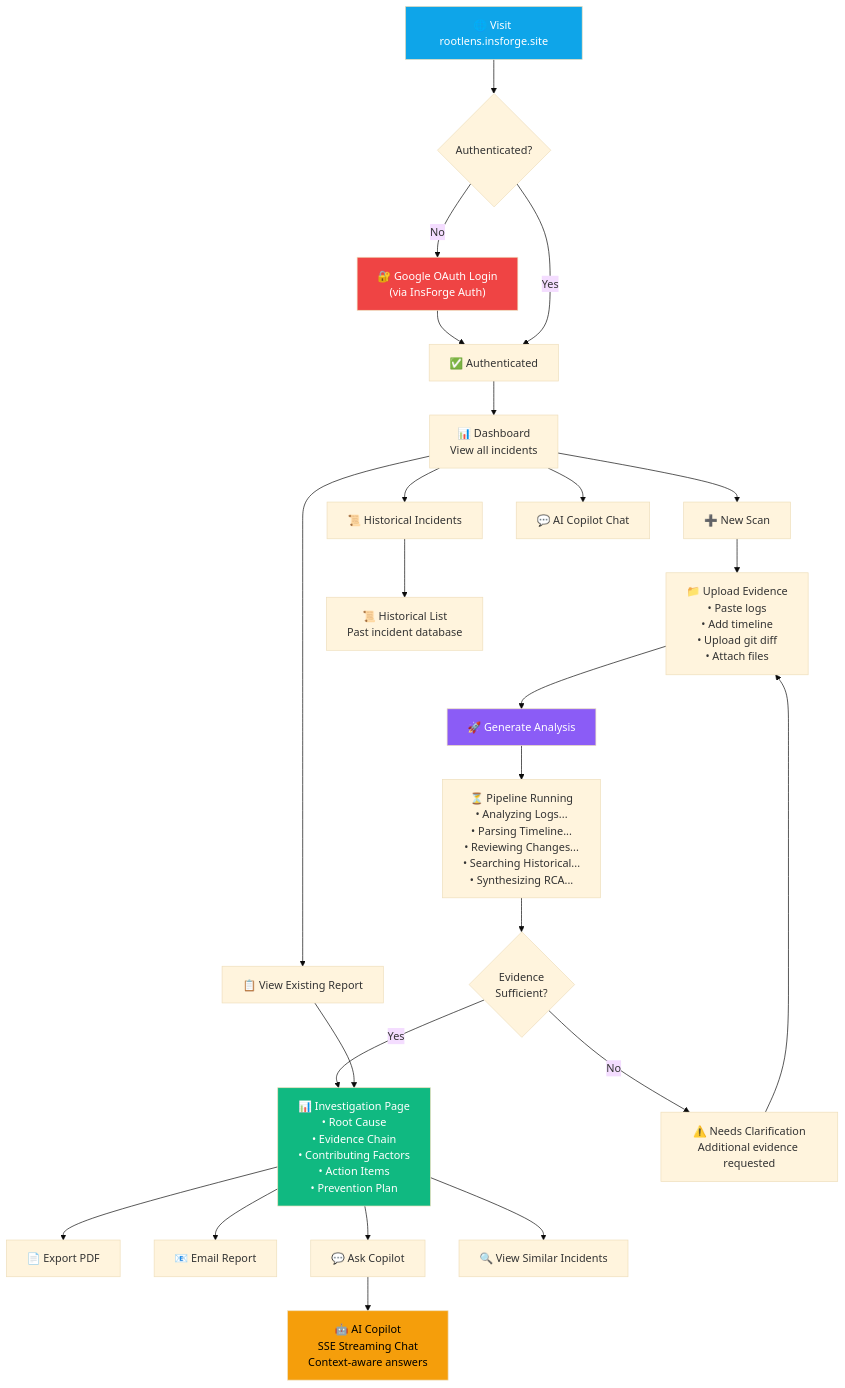
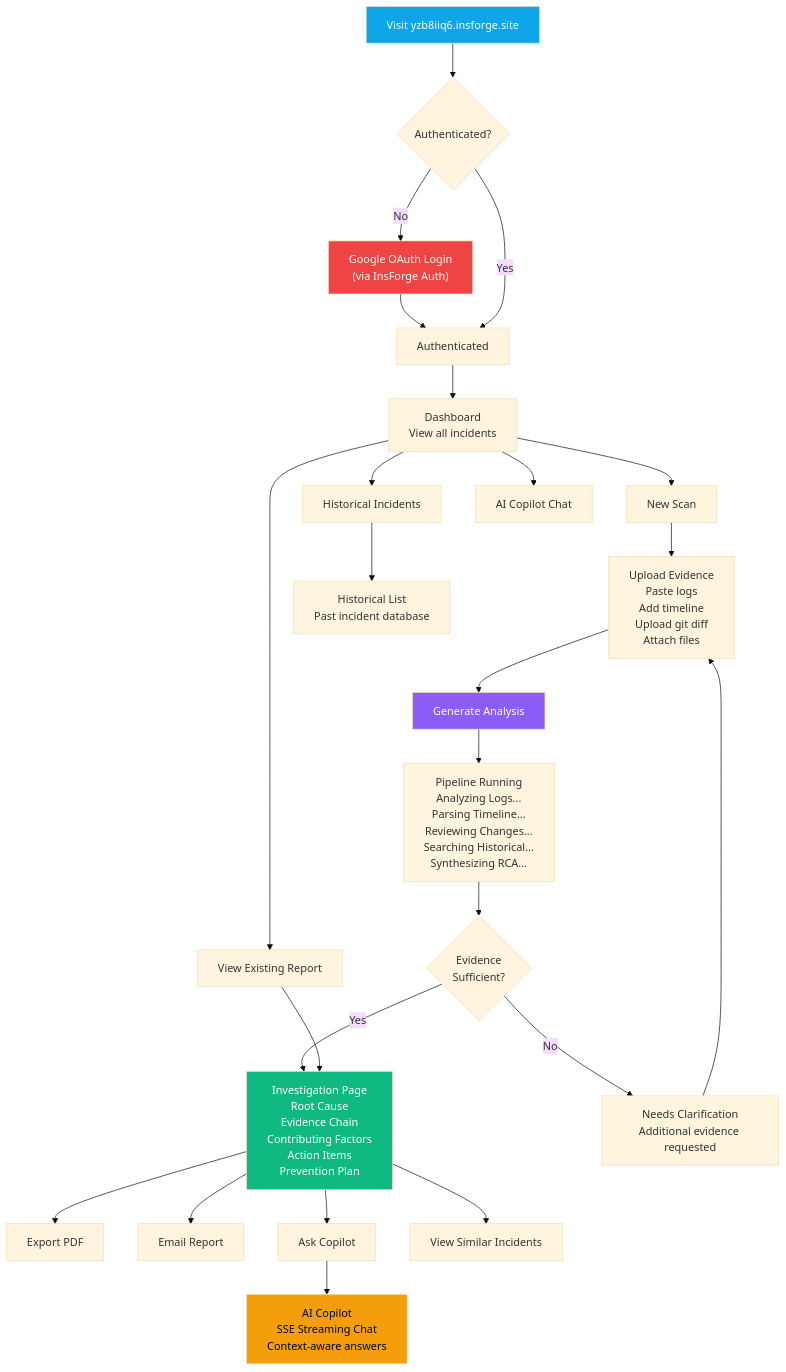
One commit to MukeshKumar-17/RCA changed the third of 6 diagrams in README.md. Above: the diagram before and after it, drawn with Mermaid (base theme). The commit also changed other lines of this file and 1 other file, not shown here.

````diff
--- a/README.md
+++ b/README.md
@@ -258,43 +257,43 @@
 ```mermaid
 flowchart TD
-    A["🌐 Visit rootlens.insforge.site"] --> B{"Authenticated?"}
-    B -->|No| C["🔐 Google OAuth Login<br/>(via InsForge Auth)"]
-    C --> D["✅ Authenticated"]
+    A["Visit yzb8iiq6.insforge.site"] --> B{"Authenticated?"}
+    B -->|No| C["Google OAuth Login<br/>(via InsForge Auth)"]
+    C --> D["Authenticated"]
     B -->|Yes| D
 
-    D --> E["📊 Dashboard<br/>View all incidents"]
+    D --> E["Dashboard<br/>View all incidents"]
 
-    E --> F["➕ New Scan"]
-    E --> G["📋 View Existing Report"]
-    E --> H["📜 Historical Incidents"]
-    E --> I["💬 AI Copilot Chat"]
+    E --> F["New Scan"]
+    E --> G["View Existing Report"]
+    E --> H["Historical Incidents"]
+    E --> I["AI Copilot Chat"]
 
-    F --> J["📁 Upload Evidence<br/>• Paste logs<br/>• Add timeline<br/>• Upload git diff<br/>• Attach files"]
+    F --> J["Upload Evidence<br/>Paste logs<br/>Add timeline<br/>Upload git diff<br/>Attach files"]
 
-    J --> K["🚀 Generate Analysis"]
+    J --> K["Generate Analysis"]
 
-    K --> L["⏳ Pipeline Running<br/>• Analyzing Logs...<br/>• Parsing Timeline...<br/>• Reviewing Changes...<br/>• Searching Historical...<br/>• Synthesizing RCA..."]
+    K --> L["Pipeline Running<br/>Analyzing Logs...<br/>Parsing Timeline...<br/>Reviewing Changes...<br/>Searching Historical...<br/>Synthesizing RCA..."]
 
     L --> M{"Evidence<br/>Sufficient?"}
 
-    M -->|Yes| N["📊 Investigation Page<br/>• Root Cause<br/>• Evidence Chain<br/>• Contributing Factors<br/>• Action Items<br/>• Prevention Plan"]
+    M -->|Yes| N["Investigation Page<br/>Root Cause<br/>Evidence Chain<br/>Contributing Factors<br/>Action Items<br/>Prevention Plan"]
 
-    M -->|No| O["⚠️ Needs Clarification<br/>Additional evidence requested"]
+    M -->|No| O["Needs Clarification<br/>Additional evidence requested"]
     O --> J
 
-    N --> P["📄 Export PDF"]
-    N --> Q["📧 Email Report"]
-    N --> R["💬 Ask Copilot"]
-    N --> S["🔍 View Similar Incidents"]
+    N --> P["Export PDF"]
+    N --> Q["Email Report"]
+    N --> R["Ask Copilot"]
+    N --> S["View Similar Incidents"]
 
-    R --> T["🤖 AI Copilot<br/>SSE Streaming Chat<br/>Context-aware answers"]
+    R --> T["AI Copilot<br/>SSE Streaming Chat<br/>Context-aware answers"]
 
     G --> N
-    H --> U["📜 Historical List<br/>Past incident database"]
+    H --> U["Historical List<br/>Past incident database"]
 
     style A fill:#0ea5e9,color:#fff
     style K fill:#8b5cf6,color:#fff
     style N fill:#10b981,color:#fff
     style T fill:#f59e0b,color:#000
     style C fill:#ef4444,color:#fff
 ```
````
